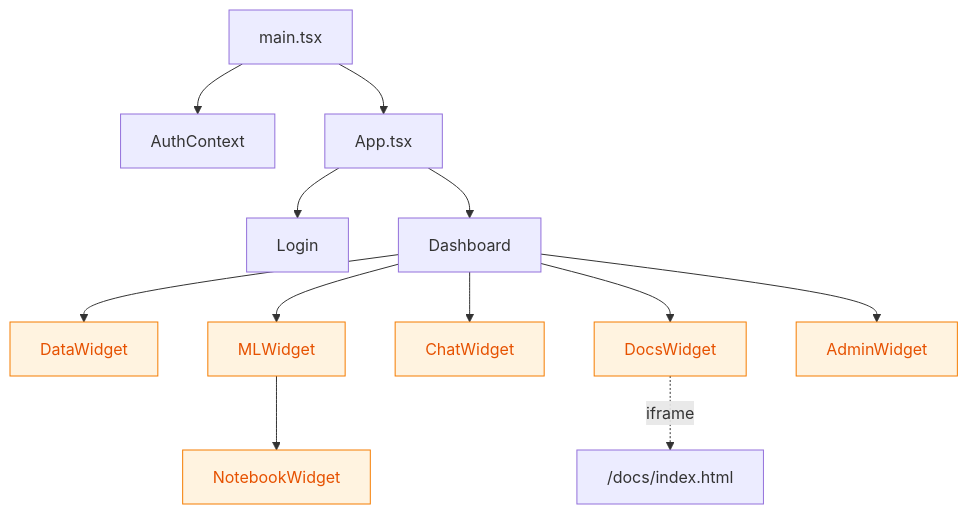
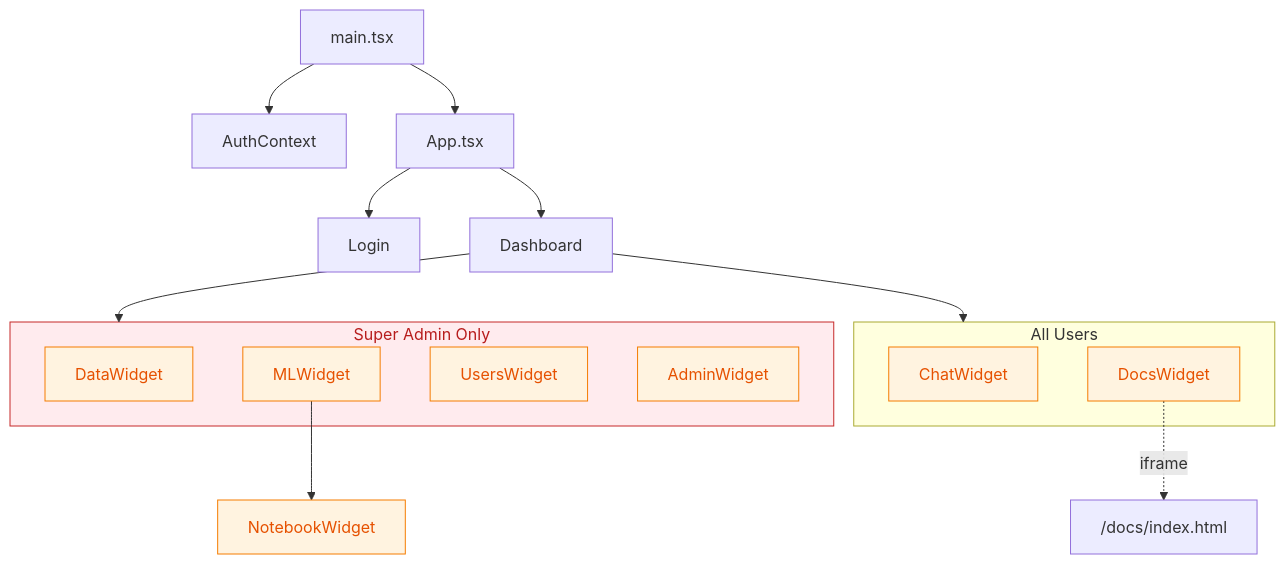
The seventh of 7 diagrams in docs/architecture.md (muhamadrialdy/hive_project), drawn with Mermaid before and after one commit. The commit also changed other lines of this file and 4 other files, not shown here.

````diff
--- a/docs/architecture.md
+++ b/docs/architecture.md
@@ -210,17 +212,29 @@
 ```mermaid
 graph TD
     main[main.tsx] --> auth[AuthContext]
     main --> app[App.tsx]
     app --> login[Login]
     app --> dash[Dashboard]
-    dash --> data_w[DataWidget]
-    dash --> ml_w[MLWidget]
-    dash --> chat_w[ChatWidget]
-    dash --> docs_w[DocsWidget]
-    dash --> admin_w[AdminWidget]
+
+    subgraph super_admin_only[Super Admin Only]
+        data_w[DataWidget]
+        ml_w[MLWidget]
+        users_w[UsersWidget]
+        admin_w[AdminWidget]
+    end
+
+    subgraph all_users[All Users]
+        chat_w[ChatWidget]
+        docs_w[DocsWidget]
+    end
+
+    dash --> super_admin_only
+    dash --> all_users
     ml_w --> nb[NotebookWidget]
     docs_w -.iframe.-> docs["/docs/index.html"]
 
     classDef widget fill:#fff3e0,stroke:#f57c00,color:#e65100
-    class data_w,ml_w,chat_w,docs_w,admin_w,nb widget
+    classDef restricted fill:#ffebee,stroke:#c62828,color:#b71c1c
+    class data_w,ml_w,chat_w,docs_w,admin_w,users_w,nb widget
+    class super_admin_only restricted
 ```
````
